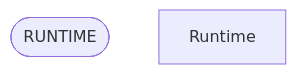
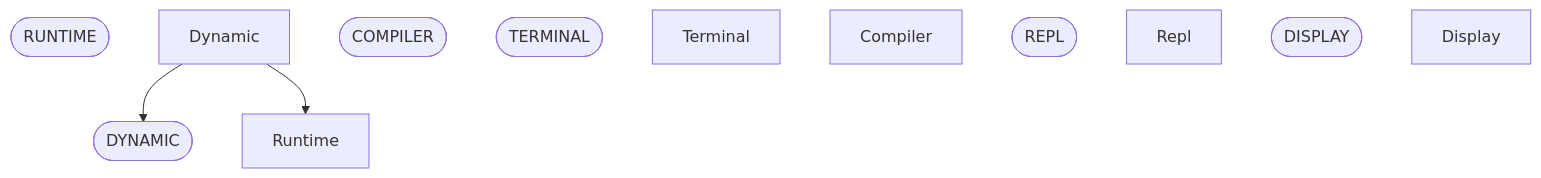
One commit to ruudkoot/rune changed the ninth of 9 diagrams in docs/generated/basis/depends.md. Above: the diagram before and after it, drawn with Mermaid. The commit also changed other lines of this file and 8 other files, not shown here.

````diff
--- a/docs/generated/basis/depends.md
+++ b/docs/generated/basis/depends.md
@@ -431,5 +433,17 @@
 ```mermaid
 flowchart TD
   n86(["RUNTIME"])
   n87["Runtime"]
+  n88(["DYNAMIC"])
+  n89["Dynamic"]
+  n90(["COMPILER"])
+  n91(["TERMINAL"])
+  n92["Terminal"]
+  n93["Compiler"]
+  n94(["REPL"])
+  n95["Repl"]
+  n96(["DISPLAY"])
+  n97["Display"]
+  n89 --> n88
+  n89 --> n87
 ```
````
